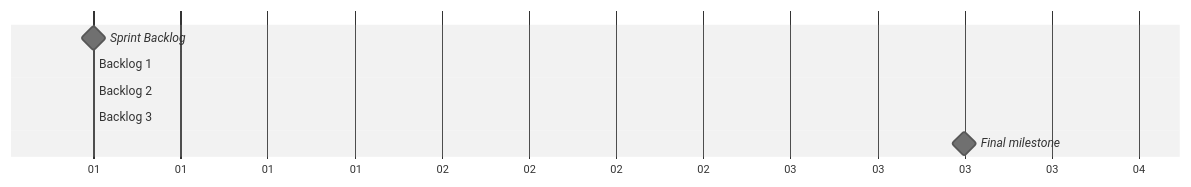
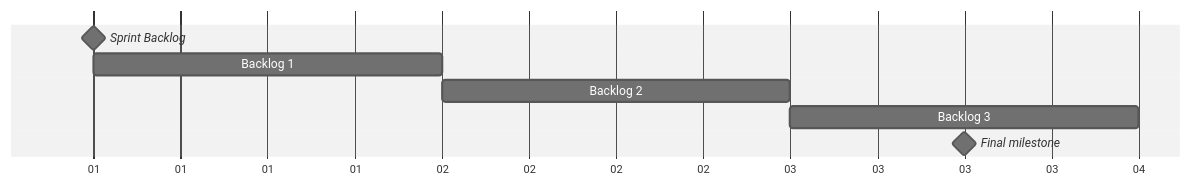
One commit to Iagocds/Projeto-Integrado changed the second of 2 diagrams in sprint.md. Above: the diagram before and after it, drawn with Mermaid (neutral theme).

````diff
--- a/sprint.md
+++ b/sprint.md
@@ -24,10 +24,10 @@
 ```mermaid
 gantt
     dateFormat D
     axisFormat %d
     Sprint Backlog : milestone, m1, 1, 0d
-    Backlog 1 : 0d
-    Backlog 2 : 0d
-    Backlog 3 : 0d
+    Backlog 1 : 1d
+    Backlog 2 : 1d
+    Backlog 3 : 1d
     Final milestone : milestone, m2, 3, 1d
 ```
````
